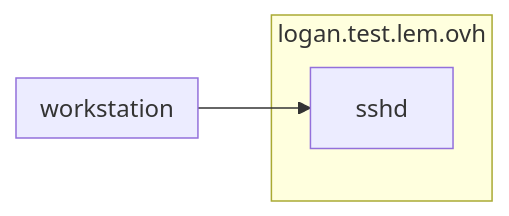
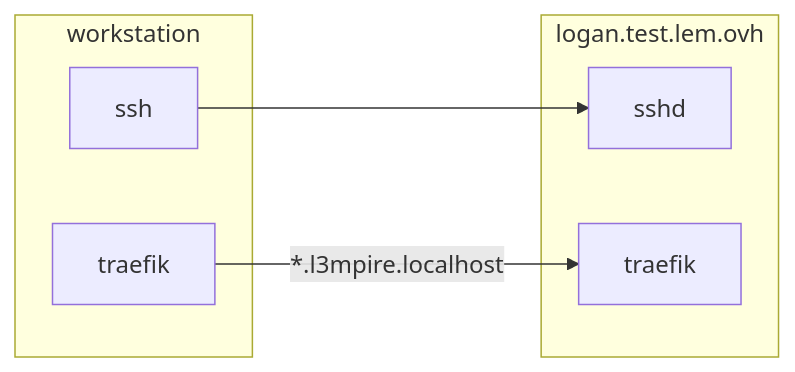
Before and after one commit to loganmzz/l3mpire-docker-test: the diagram in README.md, drawn with Mermaid. The commit also changed other lines of this file and 9 other files, not shown here.

````diff
--- a/README.md
+++ b/README.md
@@ -38,11 +40,15 @@
 ```mermaid
 flowchart LR
     subgraph workstation
+        workstation.ssh["ssh"]
+        workstation.traefik["traefik"]
     end
-
-    workstation --> server.sshd
 
     subgraph server [logan.test.lem.ovh]
         server.sshd["sshd"]
+        server.traefik["traefik"]
     end
+
+    workstation.ssh --> server.sshd
+    workstation.traefik -- "*.l3mpire.localhost" --> server.traefik
 ```
````
